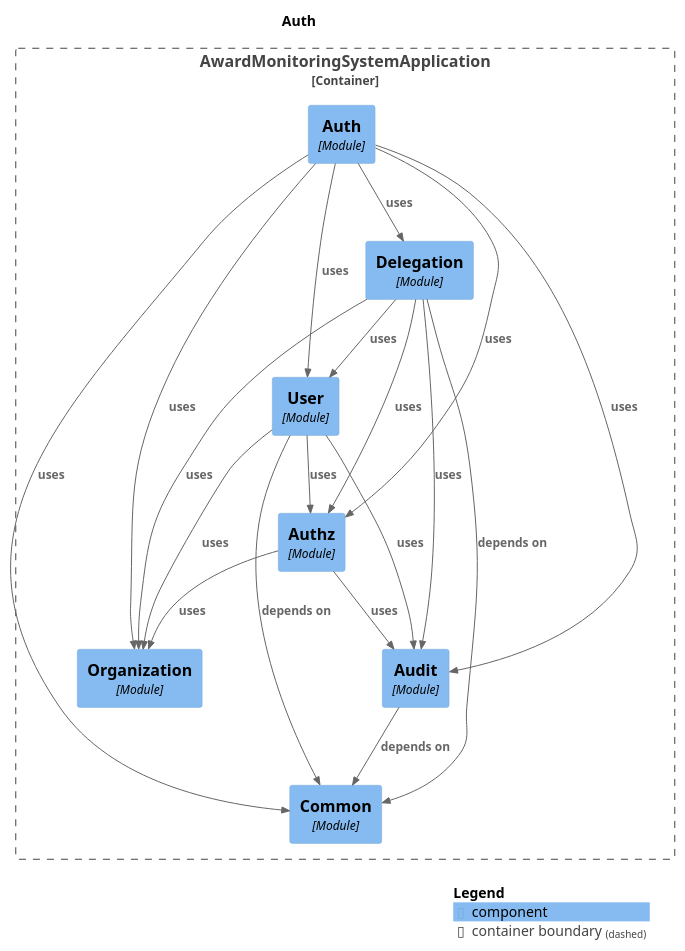
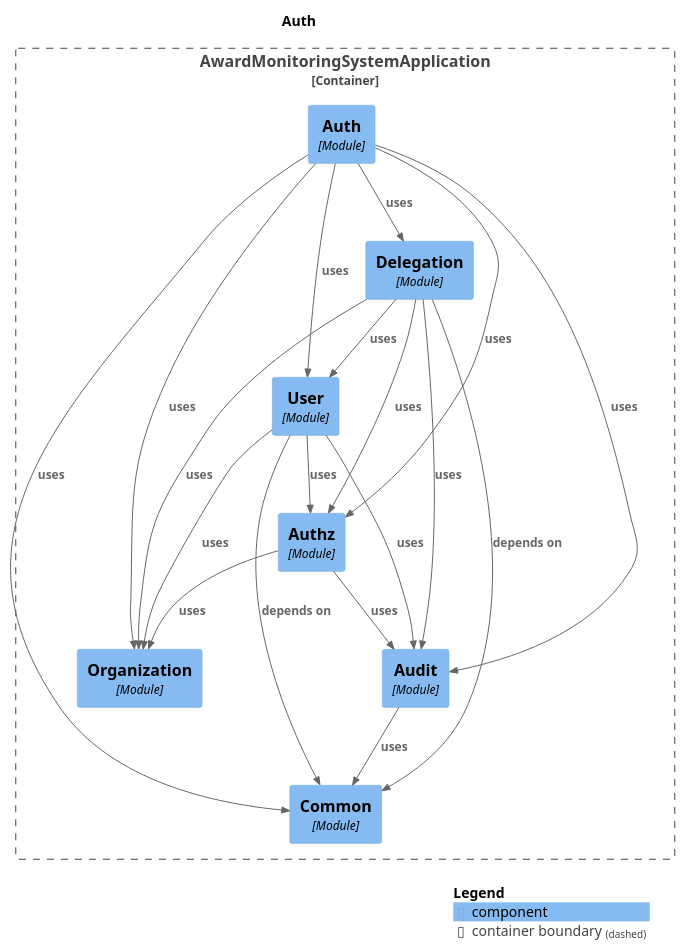
Before and after one commit to StKostyk/award-monitoring-system: the diagram in docs/architecture/diagrams/modules/module-auth.puml, drawn with PlantUML. The commit also changed 30 other files, not shown here.

```diff
--- a/docs/architecture/diagrams/modules/module-auth.puml
+++ b/docs/architecture/diagrams/modules/module-auth.puml
@@ -1,41 +1,41 @@
 @startuml
 set separator none
 title Auth
 
 top to bottom direction
 
 !include <C4/C4>
 !include <C4/C4_Context>
 !include <C4/C4_Component>
 
 Container_Boundary("AwardMonitoringSystemApplication.AwardMonitoringSystemApplication_boundary", "AwardMonitoringSystemApplication", $tags="") {
   Component(AwardMonitoringSystemApplication.AwardMonitoringSystemApplication.Delegation, "Delegation", $techn="Module", $descr="", $tags="", $link="")
   Component(AwardMonitoringSystemApplication.AwardMonitoringSystemApplication.Auth, "Auth", $techn="Module", $descr="", $tags="", $link="")
   Component(AwardMonitoringSystemApplication.AwardMonitoringSystemApplication.Common, "Common", $techn="Module", $descr="", $tags="", $link="")
   Component(AwardMonitoringSystemApplication.AwardMonitoringSystemApplication.Organization, "Organization", $techn="Module", $descr="", $tags="", $link="")
   Component(AwardMonitoringSystemApplication.AwardMonitoringSystemApplication.Audit, "Audit", $techn="Module", $descr="", $tags="", $link="")
   Component(AwardMonitoringSystemApplication.AwardMonitoringSystemApplication.Authz, "Authz", $techn="Module", $descr="", $tags="", $link="")
   Component(AwardMonitoringSystemApplication.AwardMonitoringSystemApplication.User, "User", $techn="Module", $descr="", $tags="", $link="")
 }
 
-Rel(AwardMonitoringSystemApplication.AwardMonitoringSystemApplication.User, AwardMonitoringSystemApplication.AwardMonitoringSystemApplication.Common, "depends on", $techn="", $tags="", $link="")
+Rel(AwardMonitoringSystemApplication.AwardMonitoringSystemApplication.User, AwardMonitoringSystemApplication.AwardMonitoringSystemApplication.Authz, "uses", $techn="", $tags="", $link="")
 Rel(AwardMonitoringSystemApplication.AwardMonitoringSystemApplication.User, AwardMonitoringSystemApplication.AwardMonitoringSystemApplication.Organization, "uses", $techn="", $tags="", $link="")
-Rel(AwardMonitoringSystemApplication.AwardMonitoringSystemApplication.User, AwardMonitoringSystemApplication.AwardMonitoringSystemApplication.Authz, "uses", $techn="", $tags="", $link="")
 Rel(AwardMonitoringSystemApplication.AwardMonitoringSystemApplication.User, AwardMonitoringSystemApplication.AwardMonitoringSystemApplication.Audit, "uses", $techn="", $tags="", $link="")
+Rel(AwardMonitoringSystemApplication.AwardMonitoringSystemApplication.Authz, AwardMonitoringSystemApplication.AwardMonitoringSystemApplication.Audit, "uses", $techn="", $tags="", $link="")
+Rel(AwardMonitoringSystemApplication.AwardMonitoringSystemApplication.Authz, AwardMonitoringSystemApplication.AwardMonitoringSystemApplication.Organization, "uses", $techn="", $tags="", $link="")
+Rel(AwardMonitoringSystemApplication.AwardMonitoringSystemApplication.Audit, AwardMonitoringSystemApplication.AwardMonitoringSystemApplication.Common, "uses", $techn="", $tags="", $link="")
 Rel(AwardMonitoringSystemApplication.AwardMonitoringSystemApplication.Delegation, AwardMonitoringSystemApplication.AwardMonitoringSystemApplication.Common, "depends on", $techn="", $tags="", $link="")
 Rel(AwardMonitoringSystemApplication.AwardMonitoringSystemApplication.Delegation, AwardMonitoringSystemApplication.AwardMonitoringSystemApplication.Audit, "uses", $techn="", $tags="", $link="")
 Rel(AwardMonitoringSystemApplication.AwardMonitoringSystemApplication.Delegation, AwardMonitoringSystemApplication.AwardMonitoringSystemApplication.User, "uses", $techn="", $tags="", $link="")
 Rel(AwardMonitoringSystemApplication.AwardMonitoringSystemApplication.Delegation, AwardMonitoringSystemApplication.AwardMonitoringSystemApplication.Organization, "uses", $techn="", $tags="", $link="")
 Rel(AwardMonitoringSystemApplication.AwardMonitoringSystemApplication.Delegation, AwardMonitoringSystemApplication.AwardMonitoringSystemApplication.Authz, "uses", $techn="", $tags="", $link="")
-Rel(AwardMonitoringSystemApplication.AwardMonitoringSystemApplication.Authz, AwardMonitoringSystemApplication.AwardMonitoringSystemApplication.Audit, "uses", $techn="", $tags="", $link="")
-Rel(AwardMonitoringSystemApplication.AwardMonitoringSystemApplication.Authz, AwardMonitoringSystemApplication.AwardMonitoringSystemApplication.Organization, "uses", $techn="", $tags="", $link="")
 Rel(AwardMonitoringSystemApplication.AwardMonitoringSystemApplication.Auth, AwardMonitoringSystemApplication.AwardMonitoringSystemApplication.User, "uses", $techn="", $tags="", $link="")
 Rel(AwardMonitoringSystemApplication.AwardMonitoringSystemApplication.Auth, AwardMonitoringSystemApplication.AwardMonitoringSystemApplication.Audit, "uses", $techn="", $tags="", $link="")
 Rel(AwardMonitoringSystemApplication.AwardMonitoringSystemApplication.Auth, AwardMonitoringSystemApplication.AwardMonitoringSystemApplication.Delegation, "uses", $techn="", $tags="", $link="")
 Rel(AwardMonitoringSystemApplication.AwardMonitoringSystemApplication.Auth, AwardMonitoringSystemApplication.AwardMonitoringSystemApplication.Authz, "uses", $techn="", $tags="", $link="")
 Rel(AwardMonitoringSystemApplication.AwardMonitoringSystemApplication.Auth, AwardMonitoringSystemApplication.AwardMonitoringSystemApplication.Common, "uses", $techn="", $tags="", $link="")
 Rel(AwardMonitoringSystemApplication.AwardMonitoringSystemApplication.Auth, AwardMonitoringSystemApplication.AwardMonitoringSystemApplication.Organization, "uses", $techn="", $tags="", $link="")
-Rel(AwardMonitoringSystemApplication.AwardMonitoringSystemApplication.Audit, AwardMonitoringSystemApplication.AwardMonitoringSystemApplication.Common, "depends on", $techn="", $tags="", $link="")
+Rel(AwardMonitoringSystemApplication.AwardMonitoringSystemApplication.User, AwardMonitoringSystemApplication.AwardMonitoringSystemApplication.Common, "depends on", $techn="", $tags="", $link="")
 
 SHOW_LEGEND(true)
 @enduml
```
